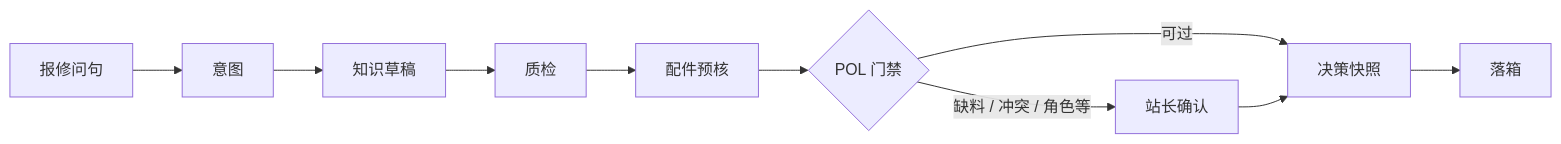
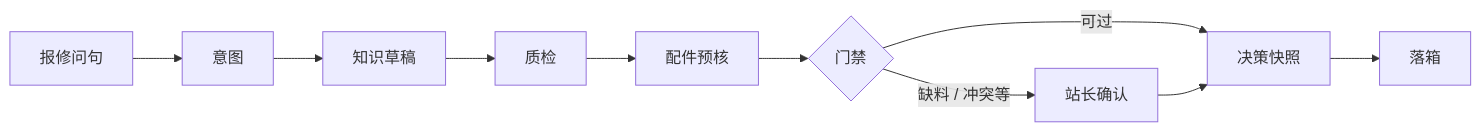
One commit to Linneaovo/aftersales-ticket-gate changed the diagram in README.md. Above: the diagram before and after it, drawn with Mermaid. The commit also changed other lines of this file and 36 other files, not shown here.

````diff
--- a/README.md
+++ b/README.md
@@ -27,12 +30,12 @@
 ```mermaid
 flowchart LR
   Q[报修问句] --> I[意图]
   I --> D[知识草稿]
   D --> QC[质检]
   QC --> P[配件预核]
-  P --> G{POL 门禁}
-  G -->|缺料 / 冲突 / 角色等| H[站长确认]
+  P --> G{门禁}
+  G -->|缺料 / 冲突等| H[站长确认]
   G -->|可过| C[决策快照]
   H --> C
   C --> S[落箱]
 ```
````
